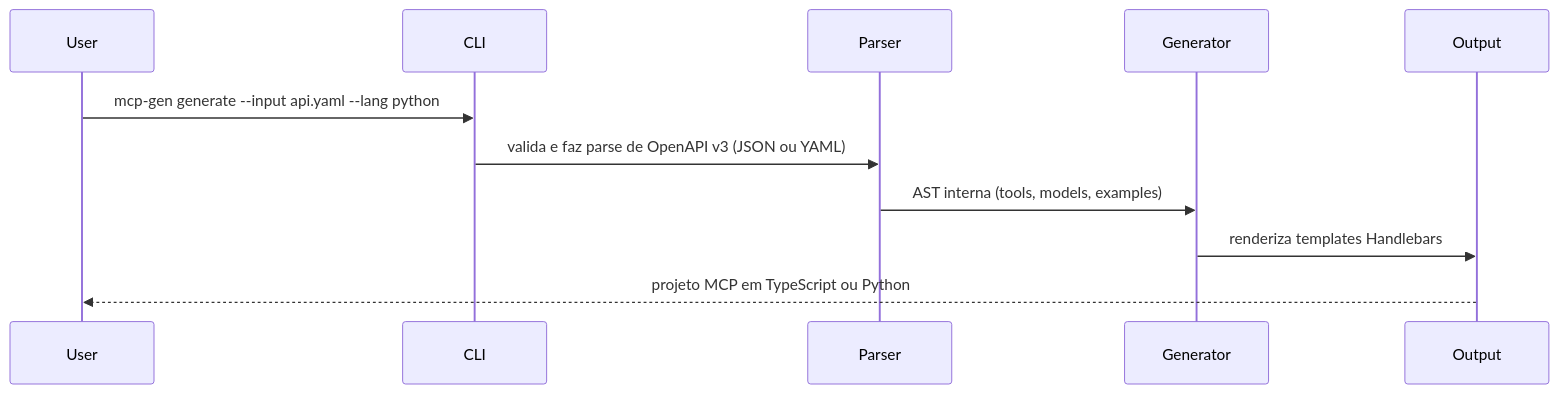
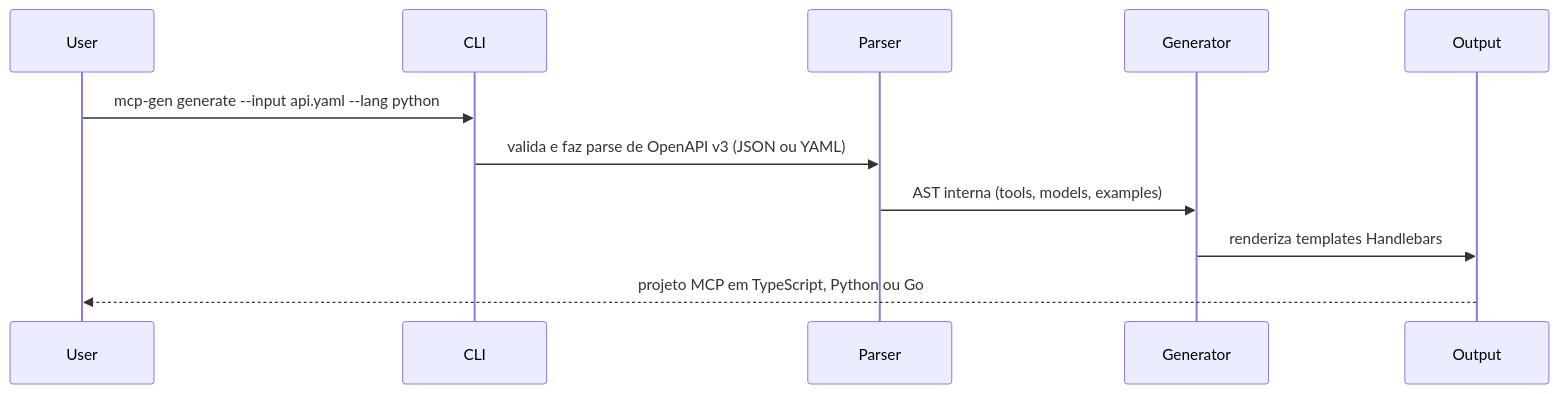
The diagram in README.pt-BR.md (ChristopherDond/MCP-Generator), drawn with Mermaid before and after one commit. The commit also changed other lines of this file and 2 other files, not shown here.

````diff
--- a/README.pt-BR.md
+++ b/README.pt-BR.md
@@ -39,14 +46,14 @@
 ```mermaid
 sequenceDiagram
     participant User
     participant CLI
     participant Parser
     participant Generator
     participant Output
 
     User->>CLI: mcp-gen generate --input api.yaml --lang python
     CLI->>Parser: valida e faz parse de OpenAPI v3 (JSON ou YAML)
     Parser->>Generator: AST interna (tools, models, examples)
     Generator->>Output: renderiza templates Handlebars
-    Output-->>User: projeto MCP em TypeScript ou Python
+    Output-->>User: projeto MCP em TypeScript, Python ou Go
 ```
````
